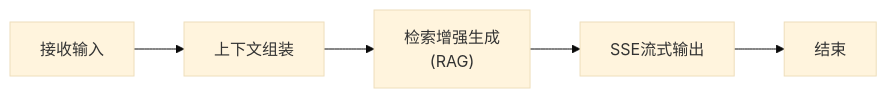
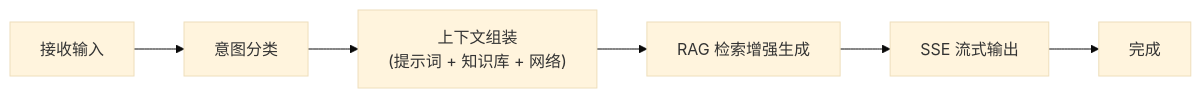
The eighth of 24 diagrams in docs/需求文档/AI工作门户-MVP-PRD.md (fri555/PORTL), drawn with Mermaid (base theme) before and after one commit. The commit also changed other lines of this file and 55 other files, not shown here.

````diff
--- a/docs/需求文档/AI工作门户-MVP-PRD.md
+++ b/docs/需求文档/AI工作门户-MVP-PRD.md
@@ -584,7 +567,8 @@
 ```mermaid
 flowchart LR
-    A["接收输入"] --> B["上下文组装"]
-    B --> C["检索增强生成<br/>(RAG)"]
-    C --> D["SSE流式输出"]
-    D --> E["结束"]
+    A["接收输入"] --> B["意图分类"]
+    B --> C["上下文组装<br/>(提示词 + 知识库 + 网络)"]
+    C --> D["RAG 检索增强生成"]
+    D --> E["SSE 流式输出"]
+    E --> F["完成"]
 ```
````
